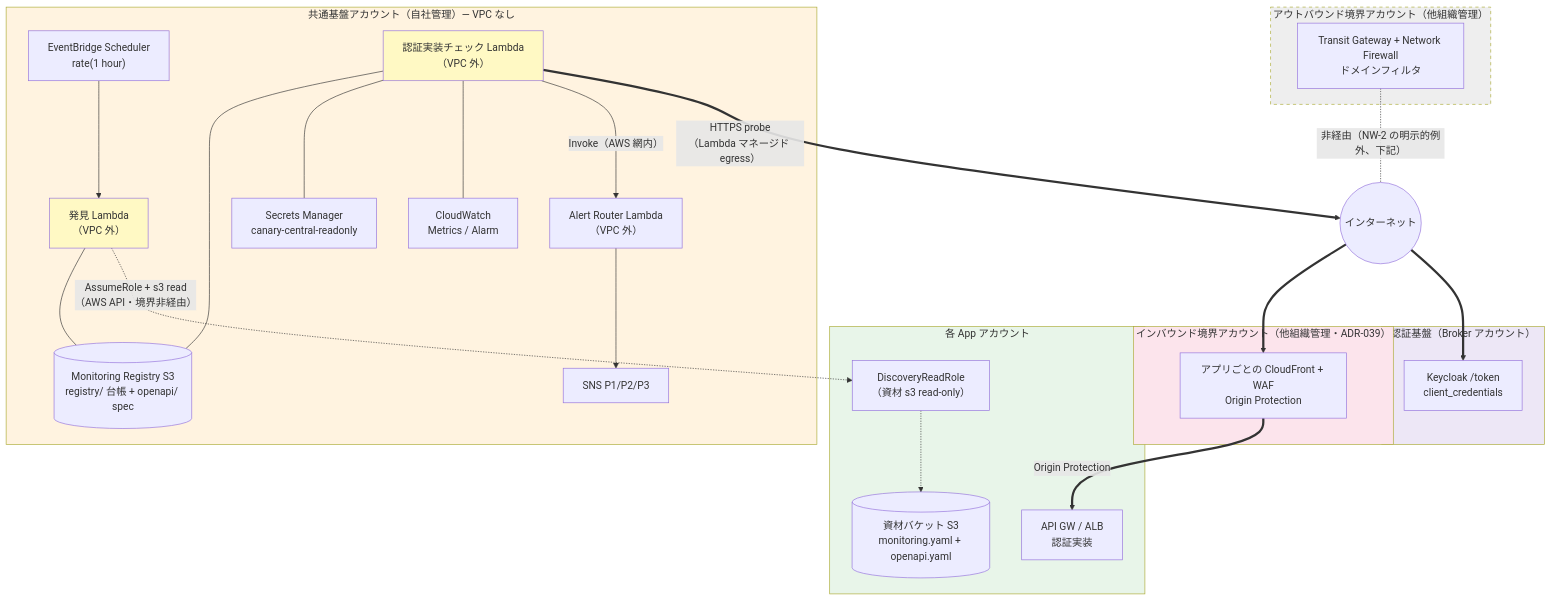
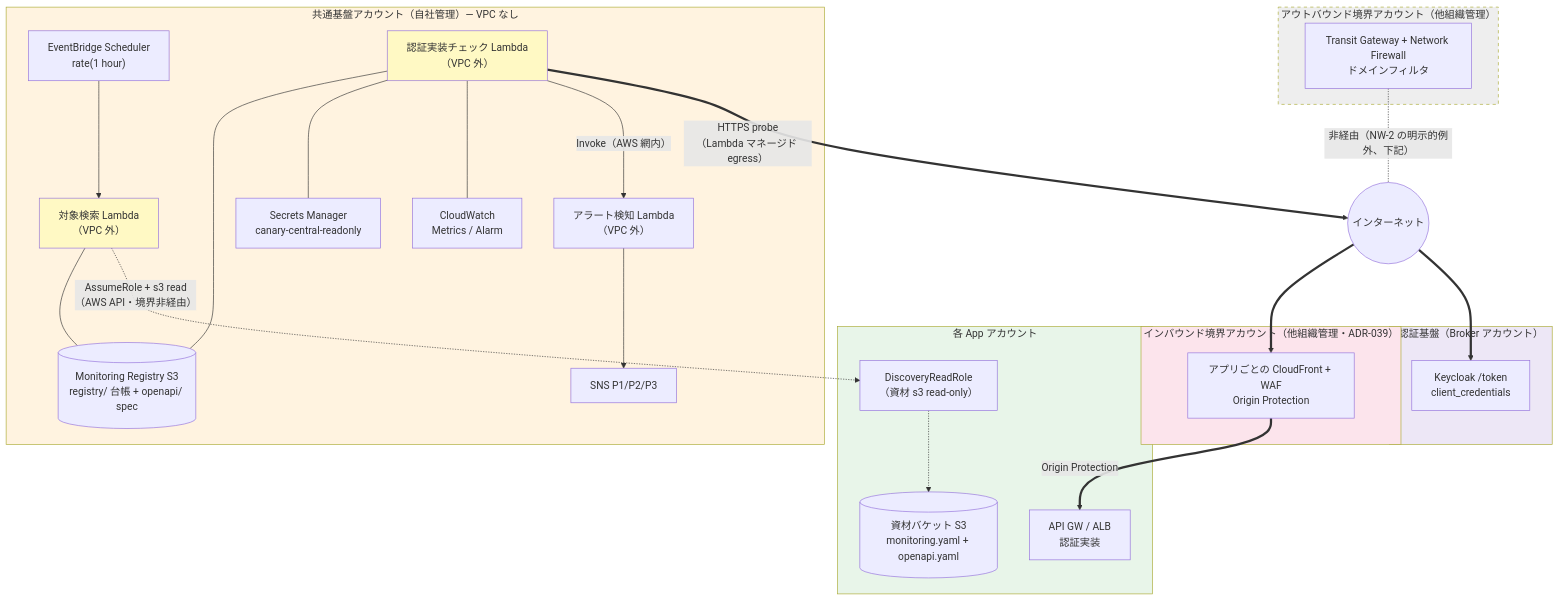
The fourth of 7 diagrams in doc/api-platform/basic-design/10-external-monitoring-overview.md (suepie/aws-atuh-poc), drawn with Mermaid before and after one commit. The commit also changed other lines of this file and 23 other files, not shown here.

````diff
--- a/doc/api-platform/basic-design/10-external-monitoring-overview.md
+++ b/doc/api-platform/basic-design/10-external-monitoring-overview.md
@@ -234,55 +234,55 @@
 ```mermaid
 flowchart TB
     subgraph Central["共通基盤アカウント（自社管理）— VPC なし"]
         SCH["EventBridge Scheduler<br/>rate(1 hour)"]
-        DISC["発見 Lambda<br/>（VPC 外）"]
+        DISC["対象検索 Lambda<br/>（VPC 外）"]
         PROBE["認証実装チェック Lambda<br/>（VPC 外）"]
         S3R[("Monitoring Registry S3<br/>registry/ 台帳 + openapi/ spec")]
         SM["Secrets Manager<br/>canary-central-readonly"]
         CW["CloudWatch<br/>Metrics / Alarm"]
-        ALR["Alert Router Lambda<br/>（VPC 外）"]
+        ALR["アラート検知 Lambda<br/>（VPC 外）"]
         SNS["SNS P1/P2/P3"]
     end
 
     NET(("インターネット"))
 
     subgraph OutAcct["アウトバウンド境界アカウント（他組織管理）"]
         NFW["Transit Gateway + Network Firewall<br/>ドメインフィルタ"]
     end
 
     subgraph InAcct["インバウンド境界アカウント（他組織管理・ADR-039）"]
         CF["アプリごとの CloudFront + WAF<br/>Origin Protection"]
     end
 
     subgraph AppAcct["各 App アカウント"]
         ROLE["DiscoveryReadRole<br/>（資材 s3 read-only）"]
         ART[("資材バケット S3<br/>monitoring.yaml + openapi.yaml")]
         APIGW["API GW / ALB<br/>認証実装"]
     end
 
     subgraph Broker["認証基盤（Broker アカウント）"]
         KC["Keycloak /token<br/>client_credentials"]
     end
 
     SCH --> DISC
     DISC & PROBE --- S3R
     PROBE --- SM & CW
     PROBE -->|"Invoke（AWS 網内）"| ALR --> SNS
 
     DISC -.->|"AssumeRole + s3 read<br/>（AWS API・境界非経由）"| ROLE
     ROLE -.-> ART
 
     PROBE ==>|"HTTPS probe<br/>（Lambda マネージド egress）"| NET
     NET ==> CF ==>|"Origin Protection"| APIGW
     NET ==> KC
 
     NFW -.-|"非経由（NW-2 の明示的例外、下記）"| NET
 
     style Central fill:#fff3e0
     style OutAcct fill:#eeeeee,stroke-dasharray:5 5
     style InAcct fill:#fce4ec
     style AppAcct fill:#e8f5e9
     style Broker fill:#ede7f6
     style DISC fill:#fff9c4
     style PROBE fill:#fff9c4
 ```
````
